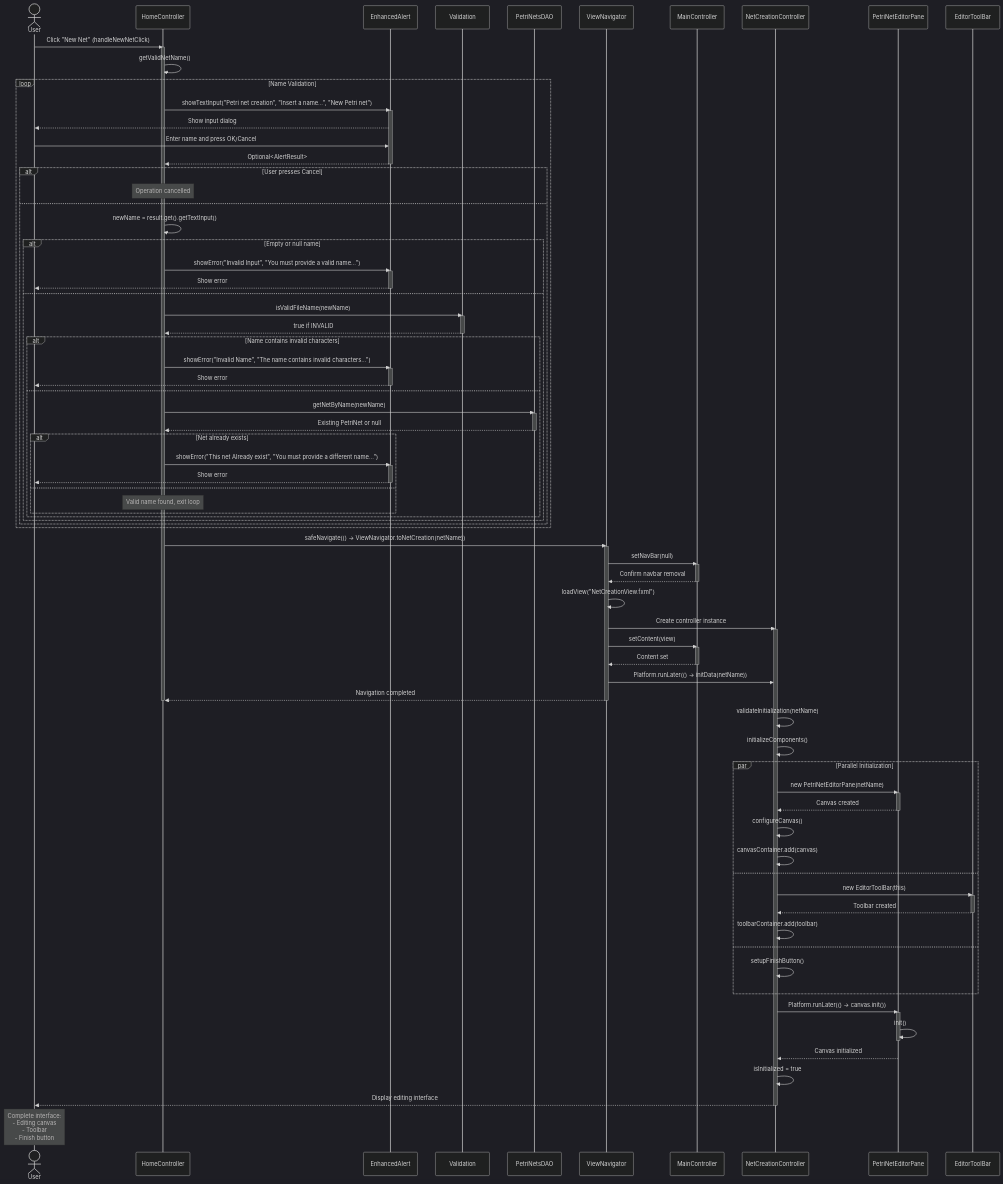
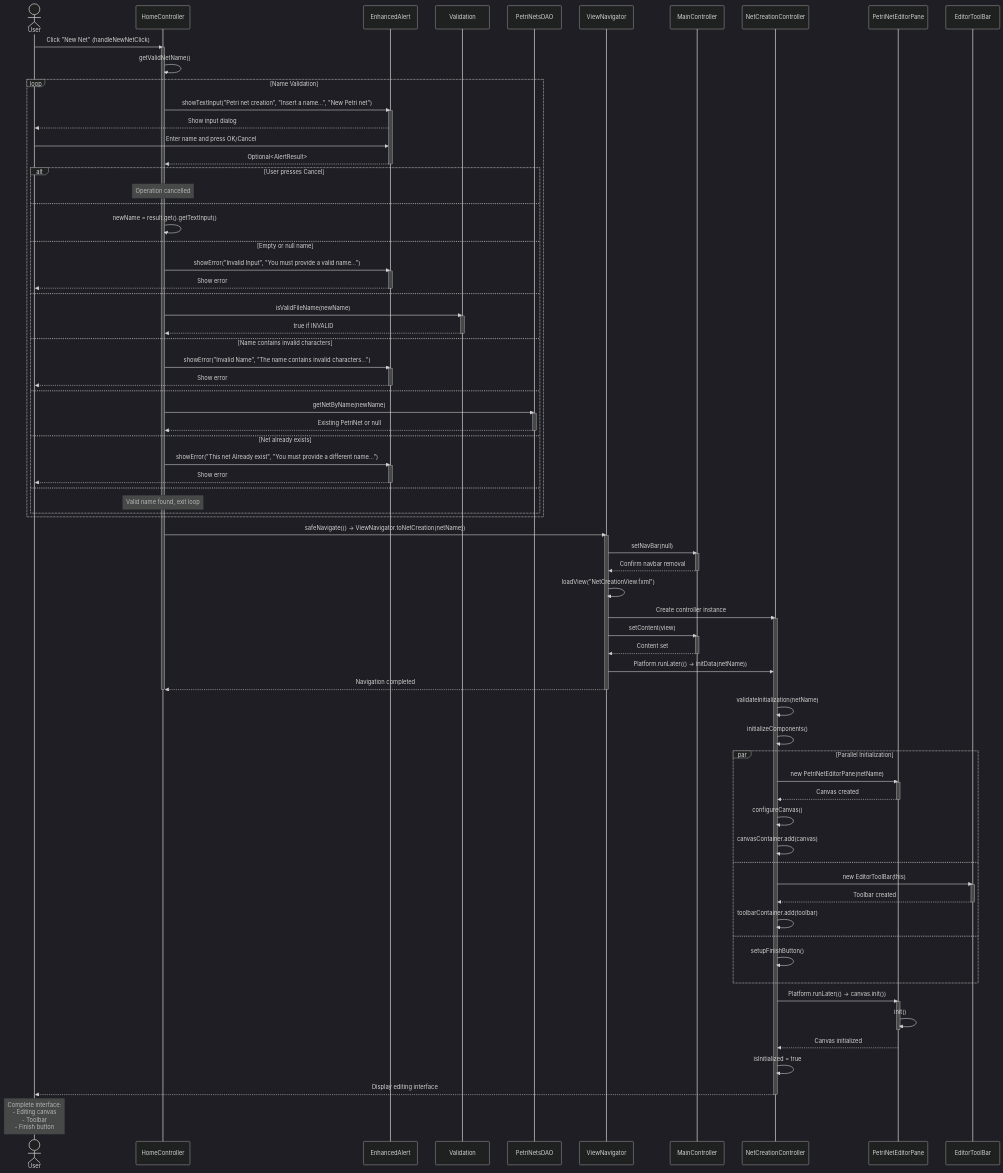
The diagram in docs/SequenceDiagram/New Net Creation.mmd (alessio-vivaldelli/PetriHub), drawn with Mermaid (dark theme) before and after one commit. The commit also changed 5 other files, not shown here.

Commit message:
refactor notification classes and improve error handling in net creation flow

```diff
--- a/docs/SequenceDiagram/New Net Creation.mmd
+++ b/docs/SequenceDiagram/New Net Creation.mmd
@@ -1,118 +1,116 @@
 sequenceDiagram
     actor User
     participant HC as HomeController
     participant EA as EnhancedAlert
     participant V as Validation
     participant PDAO as PetriNetsDAO
     participant VN as ViewNavigator
     participant MC as MainController
     participant NCC as NetCreationController
     participant Canvas as PetriNetEditorPane
     participant TB as EditorToolBar
     
     User->>HC: Click "New Net" (handleNewNetClick)
     activate HC
     
     HC->>HC: getValidNetName()
     
     loop Name Validation
         HC->>EA: showTextInput("Petri net creation", "Insert a name...", "New Petri net")
         activate EA
         EA-->>User: Show input dialog
         User->>EA: Enter name and press OK/Cancel
         EA-->>HC: Optional<AlertResult>
         deactivate EA
         
         alt User presses Cancel
             Note over HC: Operation cancelled
         else
             HC->>HC: newName = result.get().getTextInput()
             
-            alt Empty or null name
+            else Empty or null name
                 HC->>EA: showError("Invalid Input", "You must provide a valid name...")
                 activate EA
                 EA-->>User: Show error
                 deactivate EA
             else
                 HC->>V: isValidFileName(newName)
                 activate V
                 V-->>HC: true if INVALID
                 deactivate V
                 
-                alt Name contains invalid characters
+                else Name contains invalid characters
                     HC->>EA: showError("Invalid Name", "The name contains invalid characters...")
                     activate EA
                     EA-->>User: Show error
                     deactivate EA
                 else
                     HC->>PDAO: getNetByName(newName)
                     activate PDAO
                     PDAO-->>HC: Existing PetriNet or null
                     deactivate PDAO
                     
-                    alt Net already exists
+                    else Net already exists
                         HC->>EA: showError("This net Already exist", "You must provide a different name...")
                         activate EA
                         EA-->>User: Show error
                         deactivate EA
                     else
                         Note over HC: Valid name found, exit loop
-                    end
-                end
-            end
-        end
+
+    end
     end
     
     HC->>VN: safeNavigate(() -> ViewNavigator.toNetCreation(netName))
     activate VN
     
     VN->>MC: setNavBar(null)
     activate MC
     MC-->>VN: Confirm navbar removal
     deactivate MC
     
     VN->>VN: loadView("NetCreationView.fxml")
     VN->>NCC: Create controller instance
     activate NCC
     
     VN->>MC: setContent(view)
     activate MC
     MC-->>VN: Content set
     deactivate MC
     
     VN->>NCC: Platform.runLater(() -> initData(netName))
     VN-->>HC: Navigation completed
     deactivate VN
     deactivate HC
     
     NCC->>NCC: validateInitialization(netName)
     NCC->>NCC: initializeComponents()
     
     par Parallel Initialization
         NCC->>Canvas: new PetriNetEditorPane(netName)
         activate Canvas
         Canvas-->>NCC: Canvas created
         deactivate Canvas
         NCC->>NCC: configureCanvas()
         NCC->>NCC: canvasContainer.add(canvas)
     and
         NCC->>TB: new EditorToolBar(this)
         activate TB
         TB-->>NCC: Toolbar created
         deactivate TB
         NCC->>NCC: toolbarContainer.add(toolbar)
     and
         NCC->>NCC: setupFinishButton()
     end
     
     NCC->>Canvas: Platform.runLater(() -> canvas.init())
     activate Canvas
     Canvas->>Canvas: init()
     deactivate Canvas
     Canvas-->>NCC: Canvas initialized
     
     NCC->>NCC: isInitialized = true
     NCC-->>User: Display editing interface
     deactivate NCC
     
     Note over User: Complete interface:<br/>- Editing canvas<br/>- Toolbar<br/>- Finish button
```
